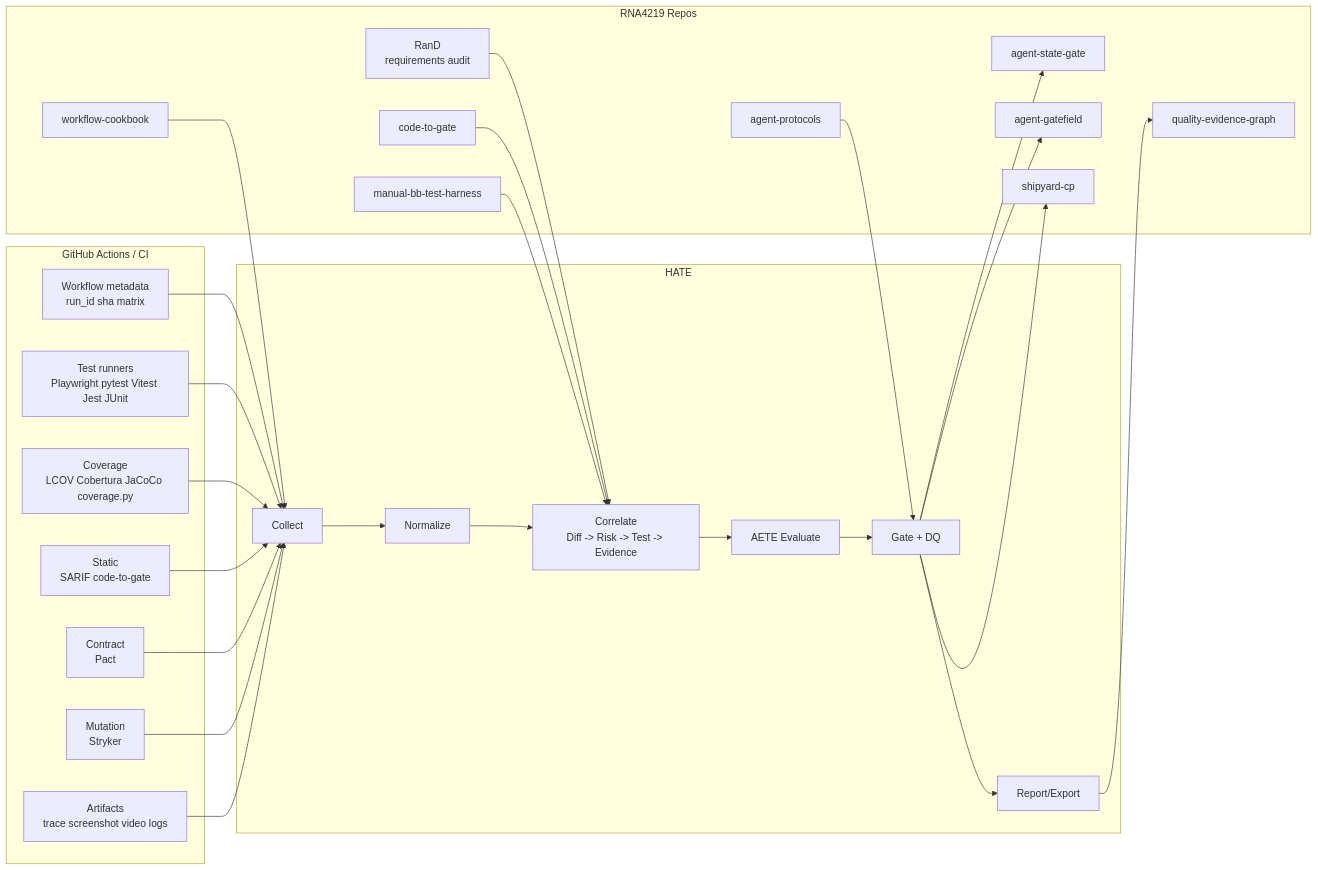
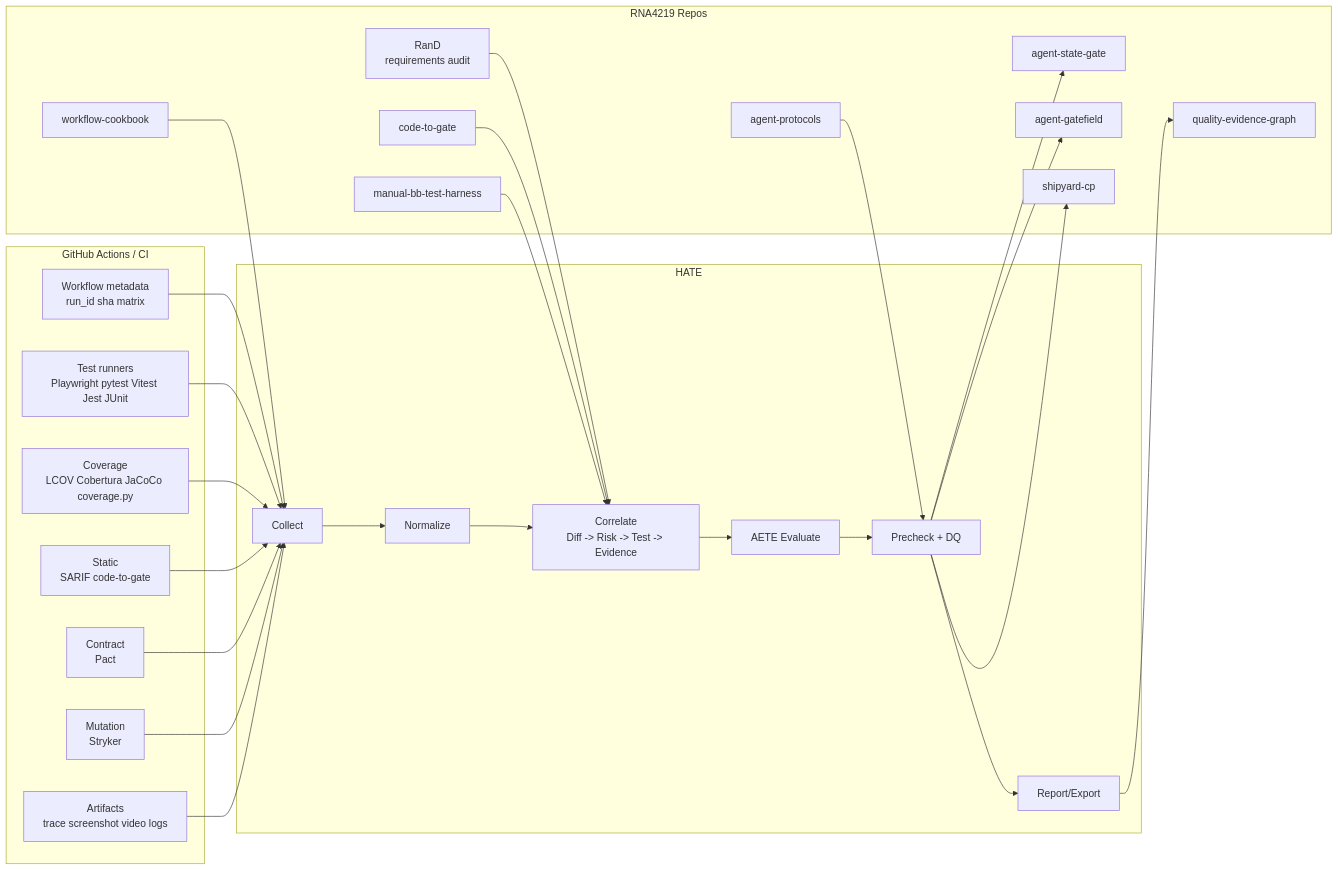
One commit to RNA4219/harness-auto-test-evidence changed the second of 3 diagrams in docs/research/deep-research-report.md. Above: the diagram before and after it, drawn with Mermaid. The commit also changed other lines of this file and 100 other files, not shown here.

````diff
--- a/docs/research/deep-research-report.md
+++ b/docs/research/deep-research-report.md
@@ -352,53 +426,53 @@
 ```mermaid
 flowchart LR
     subgraph CI["GitHub Actions / CI"]
         GH[Workflow metadata\nrun_id sha matrix]
         TR[Test runners\nPlaywright pytest Vitest Jest JUnit]
         CV[Coverage\nLCOV Cobertura JaCoCo coverage.py]
         ST[Static\nSARIF code-to-gate]
         CT[Contract\nPact]
         MT[Mutation\nStryker]
         AT[Artifacts\ntrace screenshot video logs]
     end
 
     subgraph HATE["HATE"]
         C[Collect]
         N[Normalize]
         X[Correlate\nDiff -> Risk -> Test -> Evidence]
         E[AETE Evaluate]
-        G[Gate + DQ]
+        G[Precheck + DQ]
         R[Report/Export]
     end
 
     subgraph RNA["RNA4219 Repos"]
         RD[RanD\nrequirements audit]
         MB[manual-bb-test-harness]
         CTG[code-to-gate]
         WC[workflow-cookbook]
         AP[agent-protocols]
         QEG[quality-evidence-graph]
         ASG[agent-state-gate]
         AGF[agent-gatefield]
         SCP[shipyard-cp]
     end
 
     GH --> C
     TR --> C
     CV --> C
     ST --> C
     CT --> C
     MT --> C
     AT --> C
 
     RD --> X
     CTG --> X
     MB --> X
     WC --> C
     AP --> G
 
     C --> N --> X --> E --> G --> R
     R --> QEG
     G --> ASG
     G --> AGF
     G --> SCP
 ```
````
